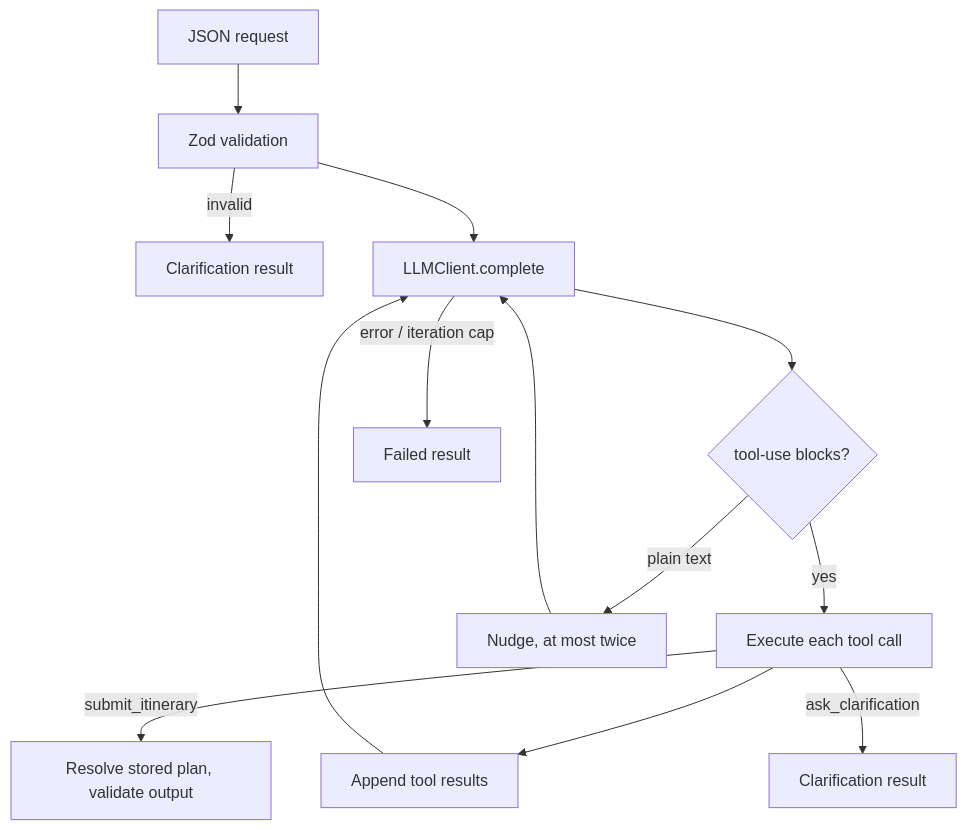
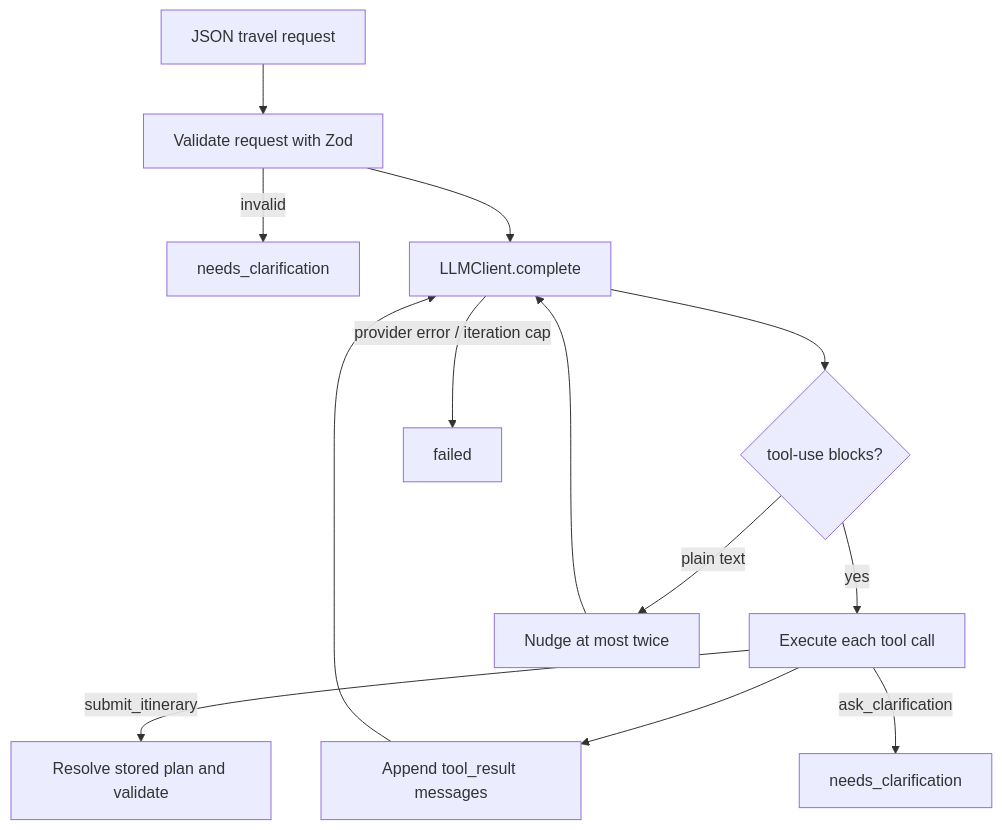
Before and after one commit to Tomasko124/wayfinder-agent2: the diagram in README.md, drawn with Mermaid. The commit also changed other lines of this file and 9 other files, not shown here.

````diff
--- a/README.md
+++ b/README.md
@@ -7,15 +7,15 @@
 ```mermaid
 flowchart TD
-  A[JSON request] --> B[Zod validation]
-  B -->|invalid| C[Clarification result]
+  A[JSON travel request] --> B[Validate request with Zod]
+  B -->|invalid| C[needs_clarification]
   B --> D[LLMClient.complete]
   D --> E{tool-use blocks?}
   E -->|yes| F[Execute each tool call]
-  F --> G[Append tool results]
+  F --> G[Append tool_result messages]
   G --> D
-  E -->|plain text| H[Nudge, at most twice]
+  E -->|plain text| H[Nudge at most twice]
   H --> D
-  F -->|submit_itinerary| I[Resolve stored plan, validate output]
-  F -->|ask_clarification| J[Clarification result]
-  D -->|error / iteration cap| K[Failed result]
+  F -->|submit_itinerary| I[Resolve stored plan and validate]
+  F -->|ask_clarification| J[needs_clarification]
+  D -->|provider error / iteration cap| K[failed]
 ```
````
